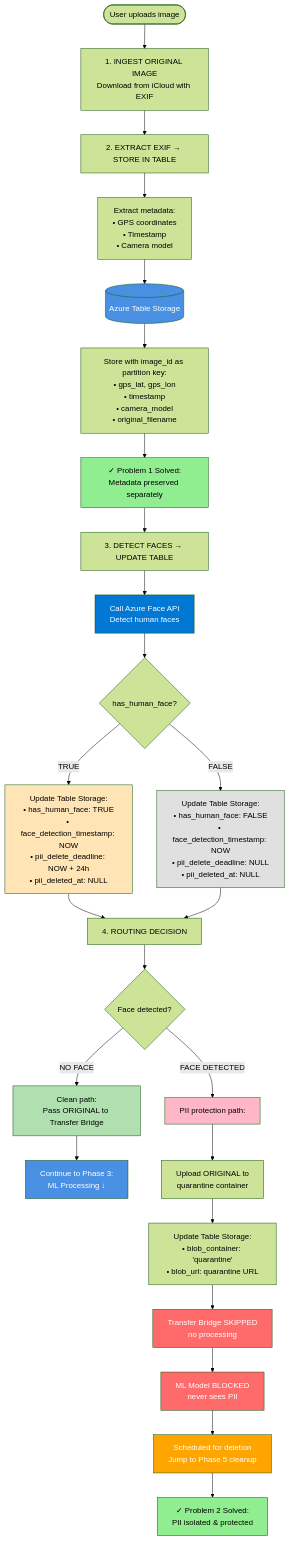
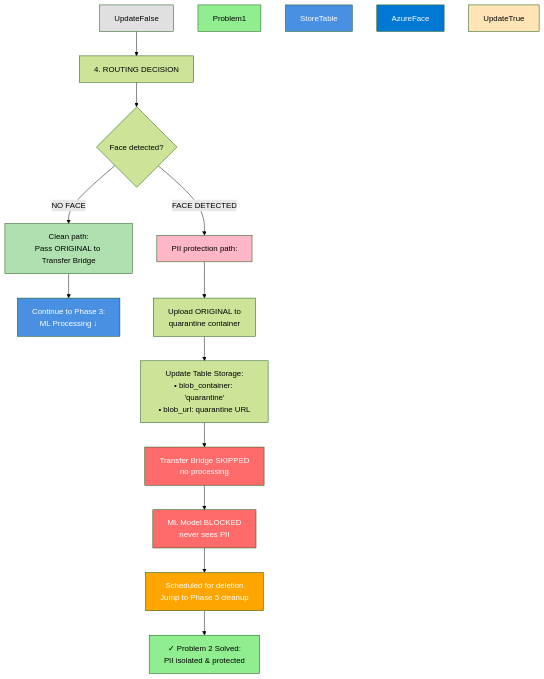
The third of 4 diagrams in Unified-Solution.md (anandSgunti/cloud), drawn with Mermaid (forest theme) before and after one commit.

````diff
--- a/Unified-Solution.md
+++ b/Unified-Solution.md
@@ -141,53 +141,31 @@
 ```mermaid
 flowchart TD
-    Start([User uploads image]) --> Download[1. INGEST ORIGINAL IMAGE<br/>Download from iCloud with EXIF]
-    
-    Download --> Extract[2. EXTRACT EXIF → STORE IN TABLE]
-    
-    Extract --> ExtractDetails[Extract metadata:<br/>• GPS coordinates<br/>• Timestamp<br/>• Camera model]
-    
-    ExtractDetails --> StoreTable[(Azure Table Storage)]
-    StoreTable --> TableEntry[Store with image_id as partition key:<br/>• gps_lat, gps_lon<br/>• timestamp<br/>• camera_model<br/>• original_filename]
-    
-    TableEntry --> Problem1[✓ Problem 1 Solved:<br/>Metadata preserved separately]
-    
-    Problem1 --> FaceDetect[3. DETECT FACES → UPDATE TABLE]
-    
-    FaceDetect --> AzureFace[Call Azure Face API<br/>Detect human faces]
-    
-    AzureFace --> HasFace{has_human_face?}
-    
-    HasFace -->|TRUE| UpdateTrue[Update Table Storage:<br/>• has_human_face: TRUE<br/>• face_detection_timestamp: NOW<br/>• pii_delete_deadline: NOW + 24h<br/>• pii_deleted_at: NULL]
-    
-    HasFace -->|FALSE| UpdateFalse[Update Table Storage:<br/>• has_human_face: FALSE<br/>• face_detection_timestamp: NOW<br/>• pii_delete_deadline: NULL<br/>• pii_deleted_at: NULL]
-    
-    UpdateTrue --> Route
     UpdateFalse --> Route[4. ROUTING DECISION]
     
     Route --> RouteFace{Face detected?}
     
     RouteFace -->|NO FACE| NoFacePath[Clean path:<br/>Pass ORIGINAL to Transfer Bridge]
     NoFacePath --> Phase3[Continue to Phase 3:<br/>ML Processing ↓]
     
     RouteFace -->|FACE DETECTED| QuarantinePath[PII protection path:]
     QuarantinePath --> UploadQuarantine[Upload ORIGINAL to<br/>quarantine container]
     UploadQuarantine --> UpdateContainer[Update Table Storage:<br/>• blob_container: 'quarantine'<br/>• blob_url: quarantine URL]
     UpdateContainer --> BridgeSkipped[ Transfer Bridge SKIPPED<br/>no processing]
     BridgeSkipped --> MLBlocked[ ML Model BLOCKED<br/>never sees PII]
     MLBlocked --> ScheduleDeletion[ Scheduled for deletion<br/>Jump to Phase 5 cleanup]
     
     ScheduleDeletion --> Problem2[✓ Problem 2 Solved:<br/>PII isolated & protected ]
     
     style Problem1 fill:#90EE90
     style Problem2 fill:#90EE90
     style StoreTable fill:#4A90E2,color:#fff
     style AzureFace fill:#0078D4,color:#fff
     style UpdateTrue fill:#FFE4B5
     style UpdateFalse fill:#E0E0E0
     style QuarantinePath fill:#FFB6C6
     style BridgeSkipped fill:#FF6B6B,color:#fff
     style MLBlocked fill:#FF6B6B,color:#fff
     style ScheduleDeletion fill:#FFA500,color:#fff
     style NoFacePath fill:#B0E0B0
     style Phase3 fill:#4A90E2,color:#fff
 ```
````
